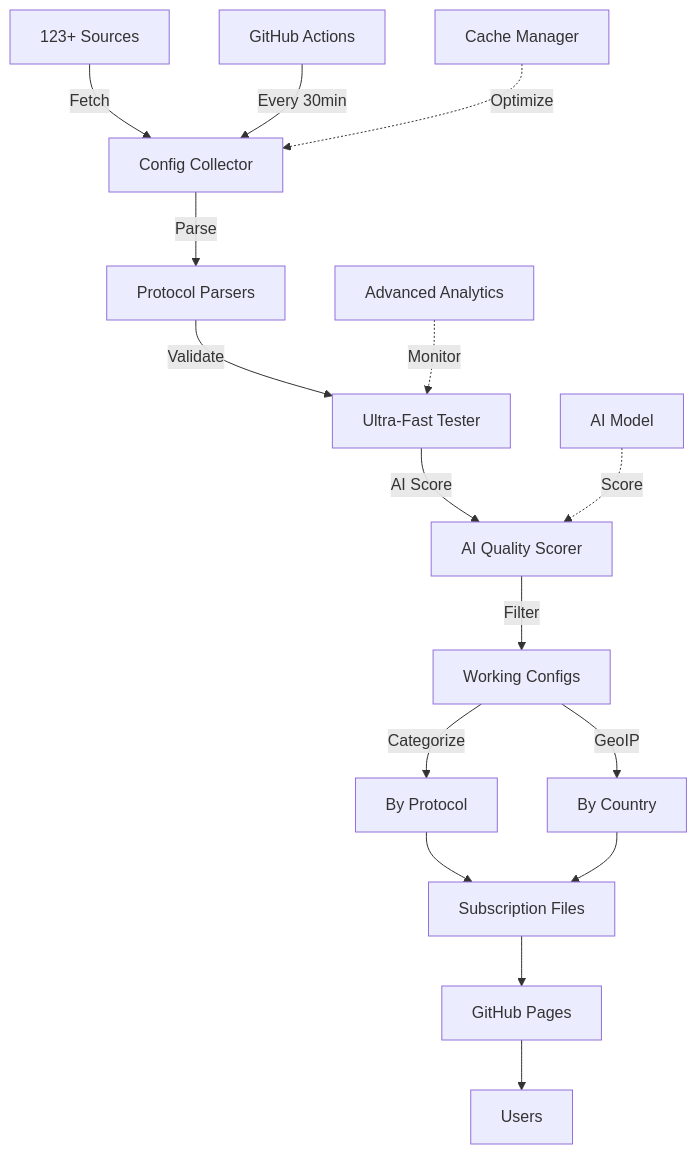
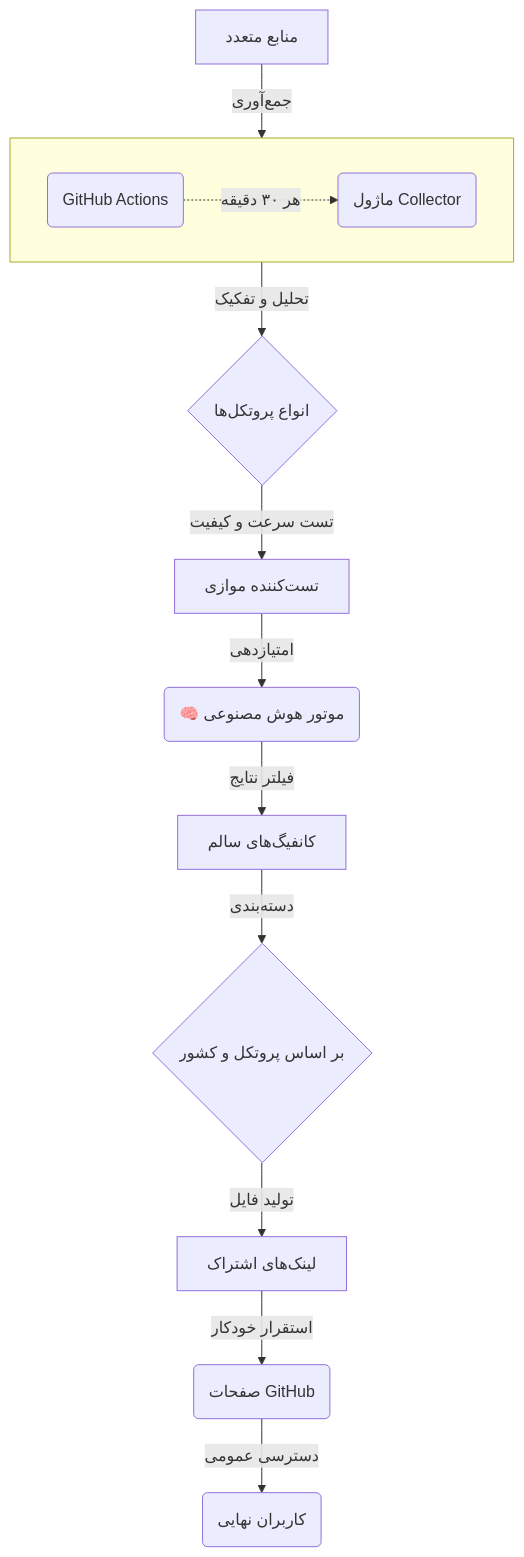
The diagram in README.md (AhmadAkd/Onix-V2Ray-Collector), drawn with Mermaid before and after one commit. The commit also changed other lines of this file, not shown here.

````diff
--- a/README.md
+++ b/README.md
@@ -154,19 +113,17 @@
 ```mermaid
 graph TD
-    A[123+ Sources] -->|Fetch| B[Config Collector]
-    B -->|Parse| C[Protocol Parsers]
-    C -->|Validate| D[Ultra-Fast Tester]
-    D -->|AI Score| E[AI Quality Scorer]
-    E -->|Filter| F[Working Configs]
-    F -->|Categorize| G[By Protocol]
-    F -->|GeoIP| H[By Country]
-    G --> I[Subscription Files]
-    H --> I
-    I --> J[GitHub Pages]
-    J --> K[Users]
-    
-    L[GitHub Actions] -->|Every 30min| B
-    M[Cache Manager] -.->|Optimize| B
-    N[AI Model] -.->|Score| E
-    O[Advanced Analytics] -.->|Monitor| D
+    A[منابع متعدد] -->|جمع‌آوری| B(ماژول Collector)
+    B -->|تحلیل و تفکیک| C{انواع پروتکل‌ها}
+    C -->|تست سرعت و کیفیت| D[تست‌کننده موازی]
+    D -->|امتیازدهی| E(🧠 موتور هوش مصنوعی)
+    E -->|فیلتر نتایج| F[کانفیگ‌های سالم]
+    F -->|دسته‌بندی| G{بر اساس پروتکل و کشور}
+    G -->|تولید فایل| H[لینک‌های اشتراک]
+    H -->|استقرار خودکار| I(صفحات GitHub)
+    I -->|دسترسی عمومی| J(کاربران نهایی)
+
+    subgraph " "
+        direction LR
+        K(GitHub Actions) -.->|هر ۳۰ دقیقه| B
+    end
 ```
````
